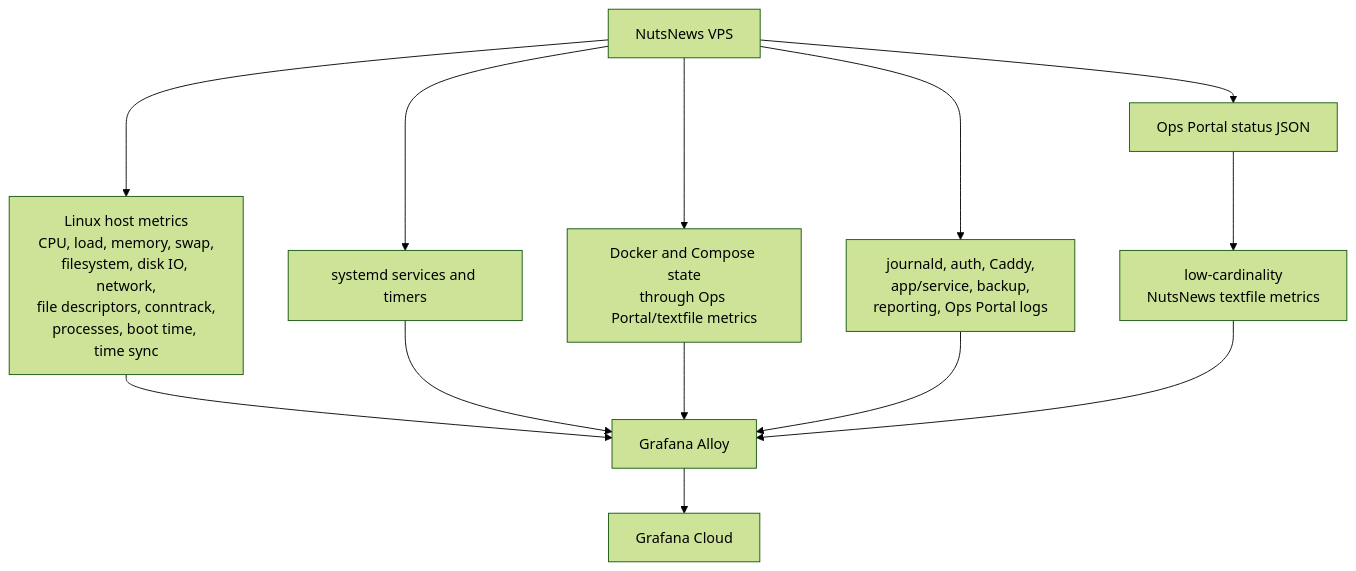
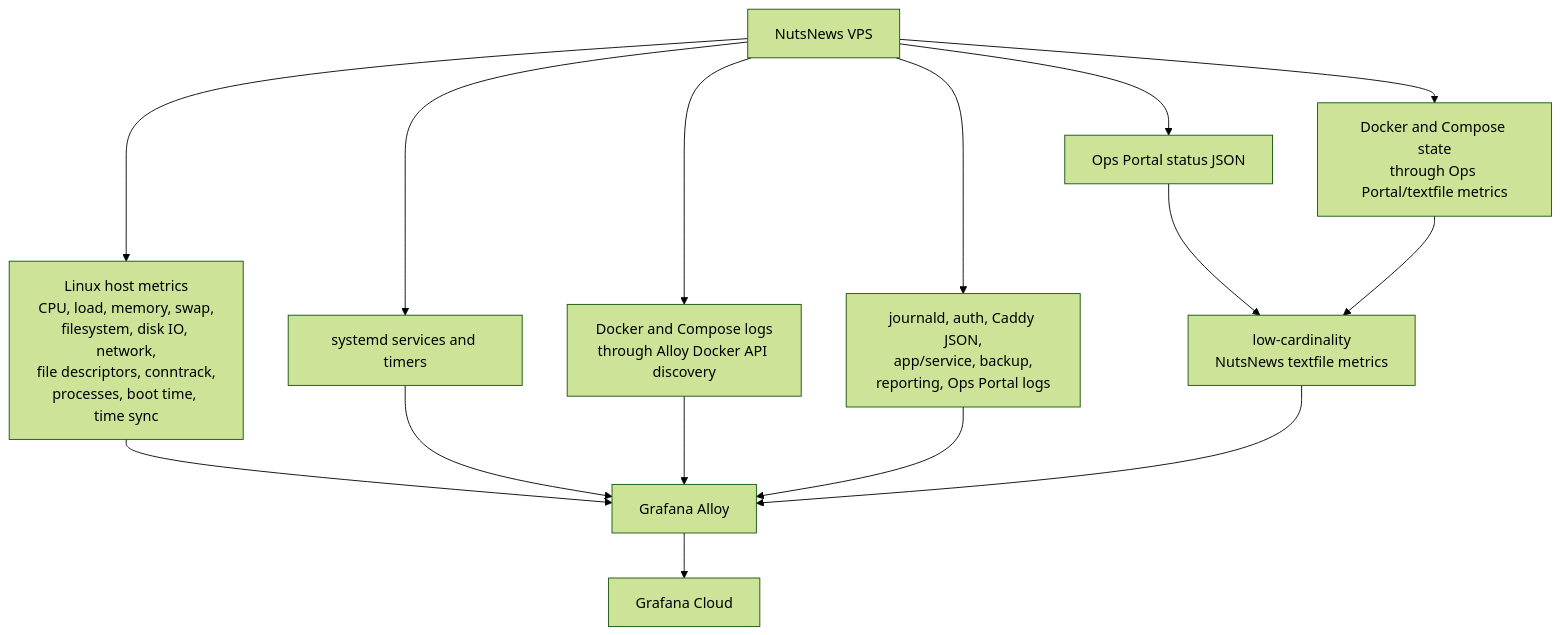
One commit to ramideltoro/nutsnews-docs changed the second of 2 diagrams in NUTSNEWS_GRAFANA_CLOUD_OBSERVABILITY.md. Above: the diagram before and after it, drawn with Mermaid (forest theme). The commit also changed other lines of this file and 1 other file, not shown here.

Commit message:
Document Grafana Cloud infrastructure logs

````diff
--- a/NUTSNEWS_GRAFANA_CLOUD_OBSERVABILITY.md
+++ b/NUTSNEWS_GRAFANA_CLOUD_OBSERVABILITY.md
@@ -79,15 +80,17 @@
 ```mermaid
 flowchart TB
   vps["NutsNews VPS"] --> host["Linux host metrics\nCPU, load, memory, swap,\nfilesystem, disk IO, network,\nfile descriptors, conntrack,\nprocesses, boot time, time sync"]
   vps --> systemd["systemd services and timers"]
-  vps --> docker["Docker and Compose state\nthrough Ops Portal/textfile metrics"]
-  vps --> files["journald, auth, Caddy,\napp/service, backup,\nreporting, Ops Portal logs"]
+  vps --> docker["Docker and Compose logs\nthrough Alloy Docker API discovery"]
+  vps --> dockerState["Docker and Compose state\nthrough Ops Portal/textfile metrics"]
+  vps --> files["journald, auth, Caddy JSON,\napp/service, backup,\nreporting, Ops Portal logs"]
   vps --> portal["Ops Portal status JSON"]
   portal --> textfile["low-cardinality\nNutsNews textfile metrics"]
   host --> alloy["Grafana Alloy"]
   systemd --> alloy
   docker --> alloy
+  dockerState --> textfile
   files --> alloy
   textfile --> alloy
   alloy --> gc["Grafana Cloud"]
 ```
````
